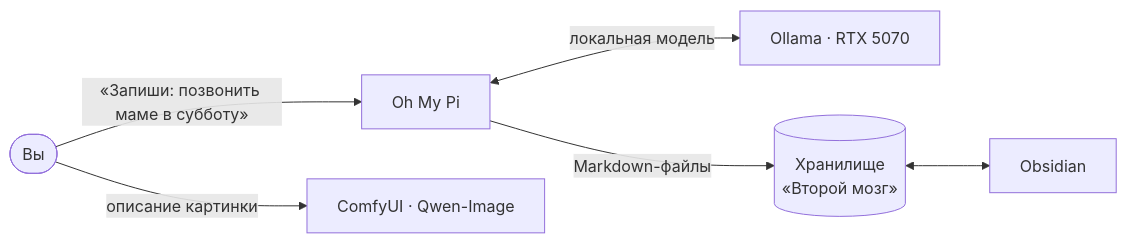
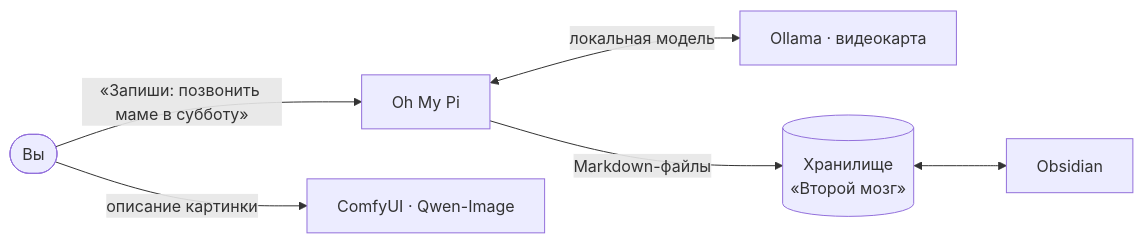
The diagram in README.md (zimin3d/MyLocalAI), drawn with Mermaid before and after one commit. The commit also changed other lines of this file and 2 other files, not shown here.

First line of the commit message:
Support RTX 3060 and smaller GPUs; require driver 580

````diff
--- a/README.md
+++ b/README.md
@@ -31,8 +31,8 @@
 ```mermaid
 flowchart LR
     U([Вы]) -->|«Запиши: позвонить маме в субботу»| OMP[Oh My Pi]
-    OMP <-->|локальная модель| OL[Ollama · RTX 5070]
+    OMP <-->|локальная модель| OL[Ollama · видеокарта]
     OMP -->|Markdown-файлы| V[(Хранилище<br/>«Второй мозг»)]
     V <--> OB[Obsidian]
     U -->|описание картинки| CU[ComfyUI · Qwen-Image]
 ```
````
